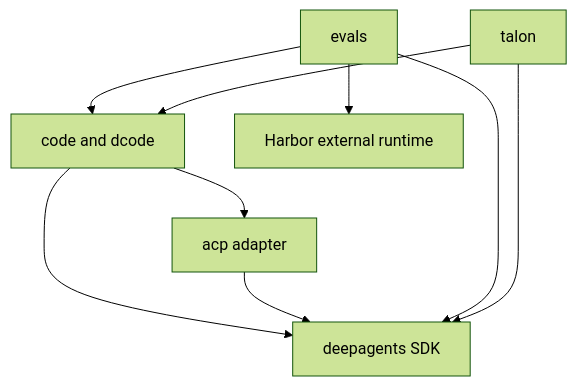
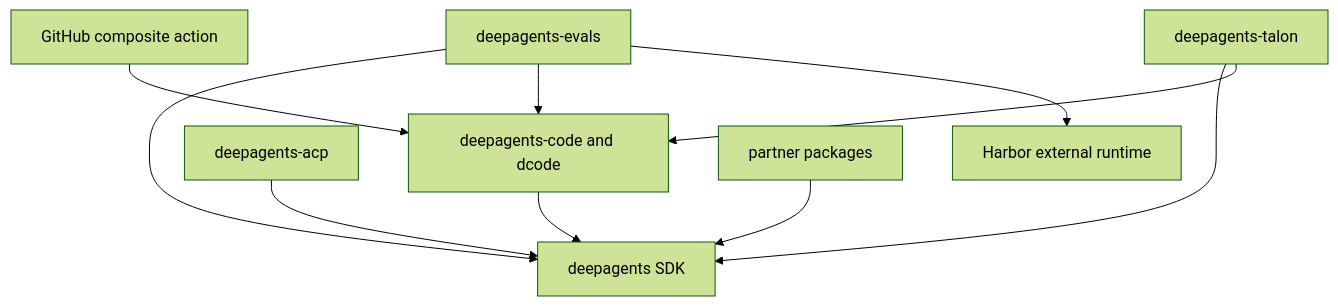
Before and after one commit to langchain-ai/deepagents: the diagram in openwiki/quickstart.md, drawn with Mermaid (forest theme). The commit also changed other lines of this file and 136 other files, not shown here.

````diff
--- a/openwiki/quickstart.md
+++ b/openwiki/quickstart.md
@@ -79,11 +96,12 @@
 ```mermaid
 flowchart TD
-    Code["code and dcode"] --> SDK["deepagents SDK"]
-    Code --> ACP["acp adapter"]
-    ACP --> SDK
-    Evals["evals"] --> SDK
+    Code["deepagents-code and dcode"] --> SDK["deepagents SDK"]
+    ACP["deepagents-acp"] --> SDK
+    Evals["deepagents-evals"] --> SDK
     Evals --> Code
-    Talon["talon"] --> SDK
+    Evals --> Harbor["Harbor external runtime"]
+    Talon["deepagents-talon"] --> SDK
     Talon --> Code
-    Evals --> Harbor["Harbor external runtime"]
+    Partners["partner packages"] --> SDK
+    Action["GitHub composite action"] --> Code
 ```
````
